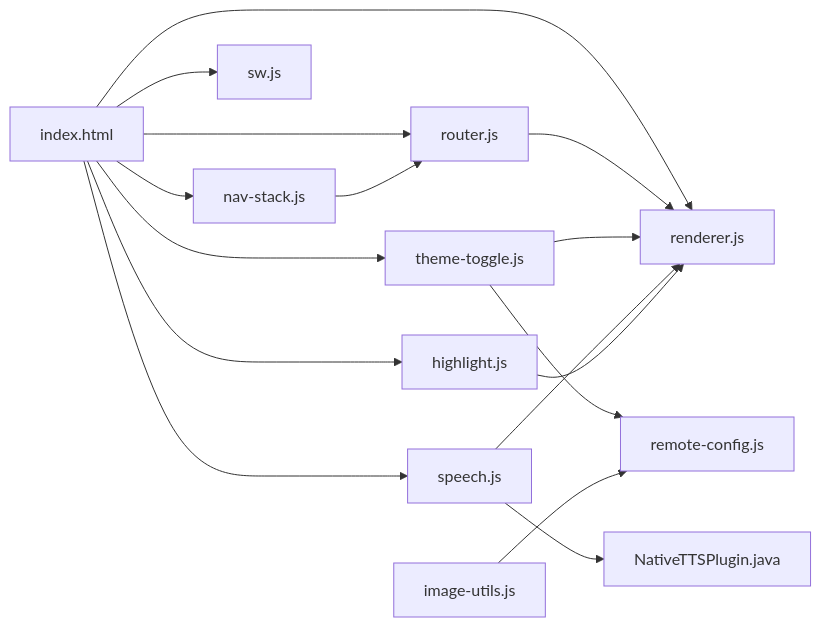
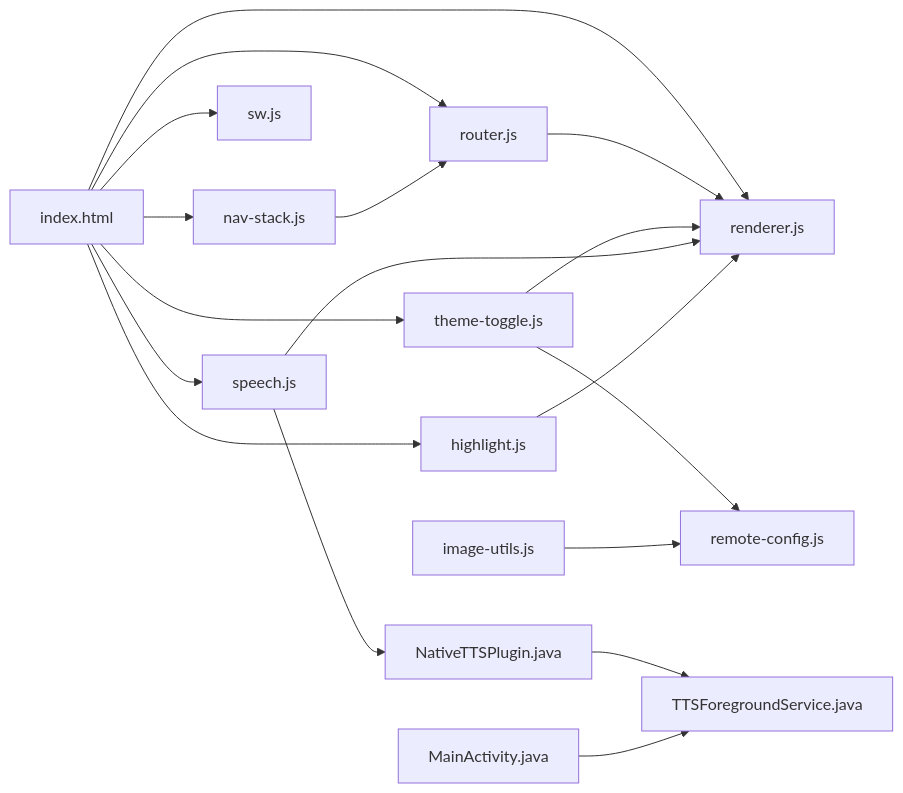
Before and after one commit to zhao-zg/cx: diagram 12 of 12 in .qoder/repowiki/zh/content/高级功能/前端功能.md, drawn with Mermaid. The commit also changed other lines of this file and 30 other files, not shown here.

````diff
--- a/.qoder/repowiki/zh/content/高级功能/前端功能.md
+++ b/.qoder/repowiki/zh/content/高级功能/前端功能.md
@@ -499,18 +550,20 @@
 ```mermaid
 graph LR
 IDX["index.html"] --> R["router.js"]
 IDX --> RN["renderer.js"]
 IDX --> ST["theme-toggle.js"]
 IDX --> SP["speech.js"]
 IDX --> HL["highlight.js"]
 IDX --> NS["nav-stack.js"]
 IDX --> SW["sw.js"]
 R --> RN
 ST --> RN
 SP --> RN
 HL --> RN
 NS --> R
 ST --> RC["remote-config.js"]
 IU["image-utils.js"] --> RC
 SP --> NTP["NativeTTSPlugin.java"]
+NTP --> TFS["TTSForegroundService.java"]
+MA["MainActivity.java"] --> TFS
 ```
````
